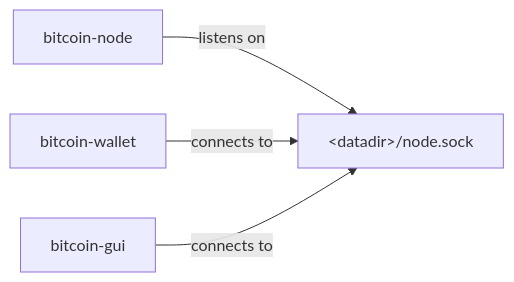
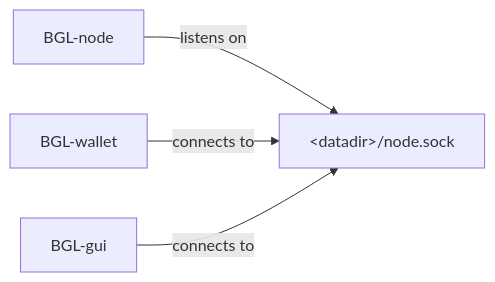
The first of 3 diagrams in doc/design/multiprocess.md (BitgesellOfficial/bitgesell), drawn with Mermaid before and after one commit. The commit also changed other lines of this file, not shown here.

Commit message:
docs: update multiprocess design BGL names

````diff
--- a/doc/design/multiprocess.md
+++ b/doc/design/multiprocess.md
@@ -50,6 +50,6 @@
 ```mermaid
 flowchart LR
-    node[bitcoin-node] -- listens on --> socket["&lt;datadir&gt;/node.sock"]
-    wallet[bitcoin-wallet] -- connects to --> socket
-    gui[bitcoin-gui] -- connects to --> socket
+    node[BGL-node] -- listens on --> socket["&lt;datadir&gt;/node.sock"]
+    wallet[BGL-wallet] -- connects to --> socket
+    gui[BGL-gui] -- connects to --> socket
 ```
````
